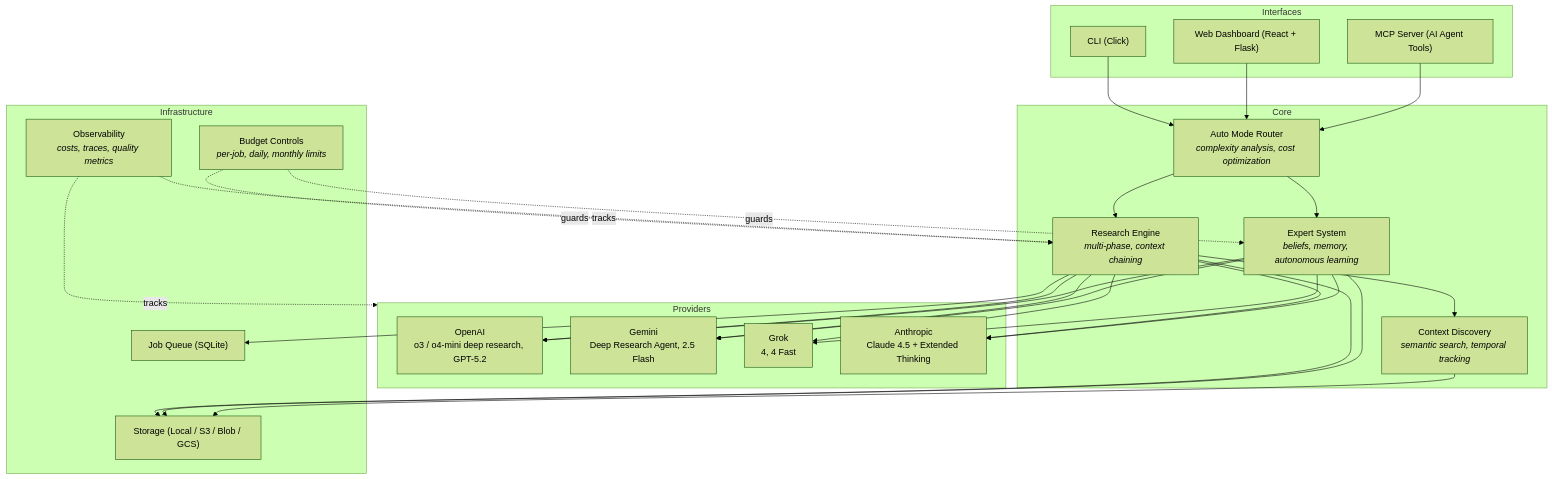
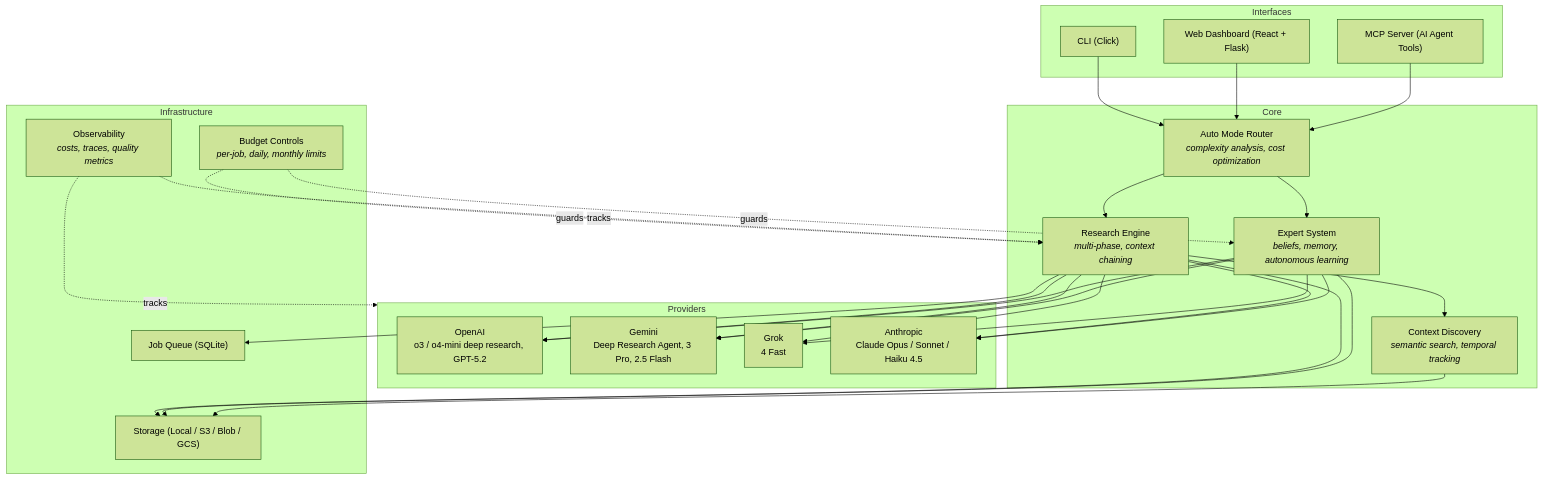
One commit to blisspixel/deepr changed the diagram in README.md. Above: the diagram before and after it, drawn with Mermaid (forest theme). The commit also changed other lines of this file and 11 other files, not shown here.

````diff
--- a/README.md
+++ b/README.md
@@ -28,56 +28,56 @@
 ```mermaid
 graph TB
     subgraph Interfaces
         CLI["CLI (Click)"]
         Web["Web Dashboard (React + Flask)"]
         MCP["MCP Server (AI Agent Tools)"]
     end
 
     subgraph Core
         Router["Auto Mode Router<br/><i>complexity analysis, cost optimization</i>"]
         Research["Research Engine<br/><i>multi-phase, context chaining</i>"]
         Experts["Expert System<br/><i>beliefs, memory, autonomous learning</i>"]
         Context["Context Discovery<br/><i>semantic search, temporal tracking</i>"]
     end
 
     subgraph Providers
         OpenAI["OpenAI<br/>o3 / o4-mini deep research, GPT-5.2"]
-        Gemini["Gemini<br/>Deep Research Agent, 2.5 Flash"]
-        Grok["Grok<br/>4, 4 Fast"]
-        Anthropic["Anthropic<br/>Claude 4.5 + Extended Thinking"]
+        Gemini["Gemini<br/>Deep Research Agent, 3 Pro, 2.5 Flash"]
+        Grok["Grok<br/>4 Fast"]
+        Anthropic["Anthropic<br/>Claude Opus / Sonnet / Haiku 4.5"]
     end
 
     subgraph Infrastructure
         Queue["Job Queue (SQLite)"]
         Storage["Storage (Local / S3 / Blob / GCS)"]
         Observe["Observability<br/><i>costs, traces, quality metrics</i>"]
         Budget["Budget Controls<br/><i>per-job, daily, monthly limits</i>"]
     end
 
     CLI --> Router
     Web --> Router
     MCP --> Router
 
     Router --> Research
     Router --> Experts
     Research --> Context
 
     Research --> OpenAI
     Research --> Gemini
     Research --> Grok
     Research --> Anthropic
     Experts --> OpenAI
     Experts --> Gemini
     Experts --> Grok
     Experts --> Anthropic
 
     Research --> Queue
     Research --> Storage
     Experts --> Storage
     Context --> Storage
 
     Budget -.->|"guards"| Research
     Budget -.->|"guards"| Experts
     Observe -.->|"tracks"| Research
     Observe -.->|"tracks"| Providers
 ```
````
